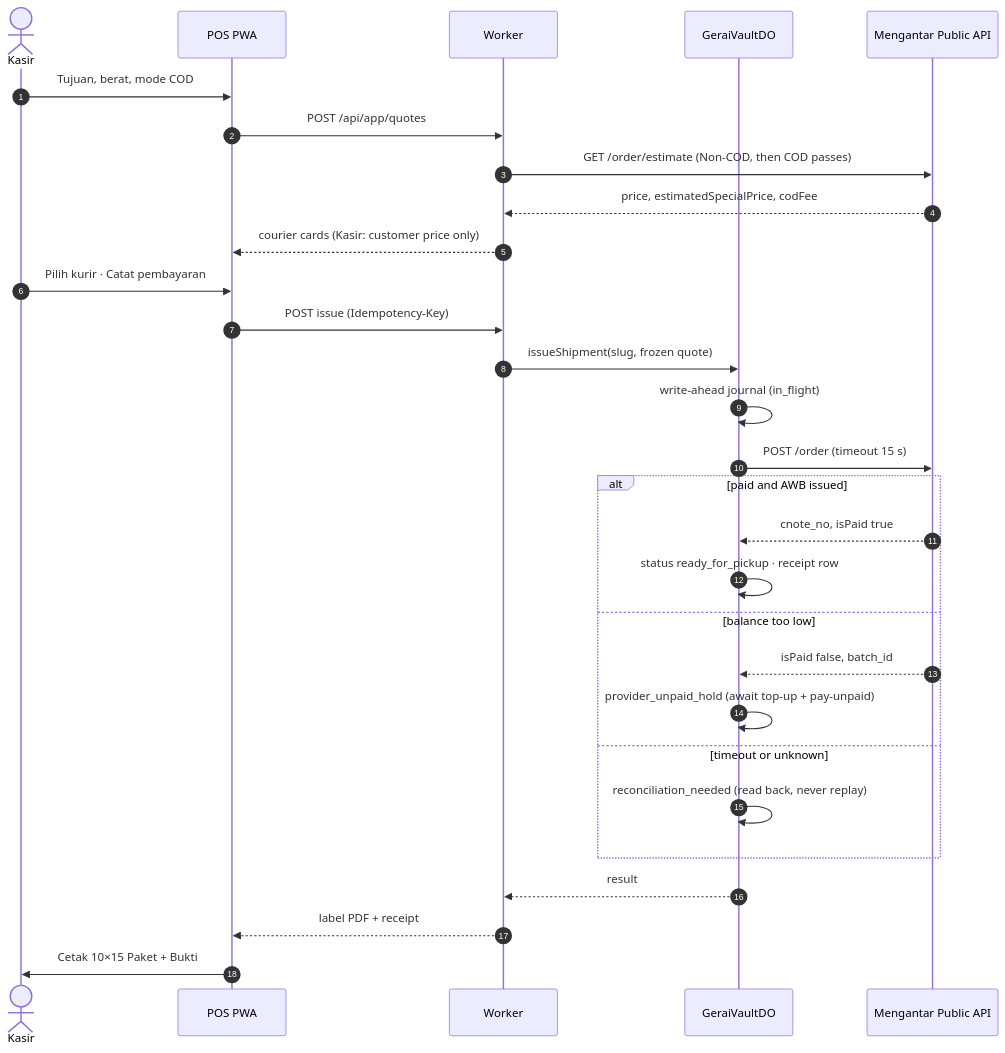
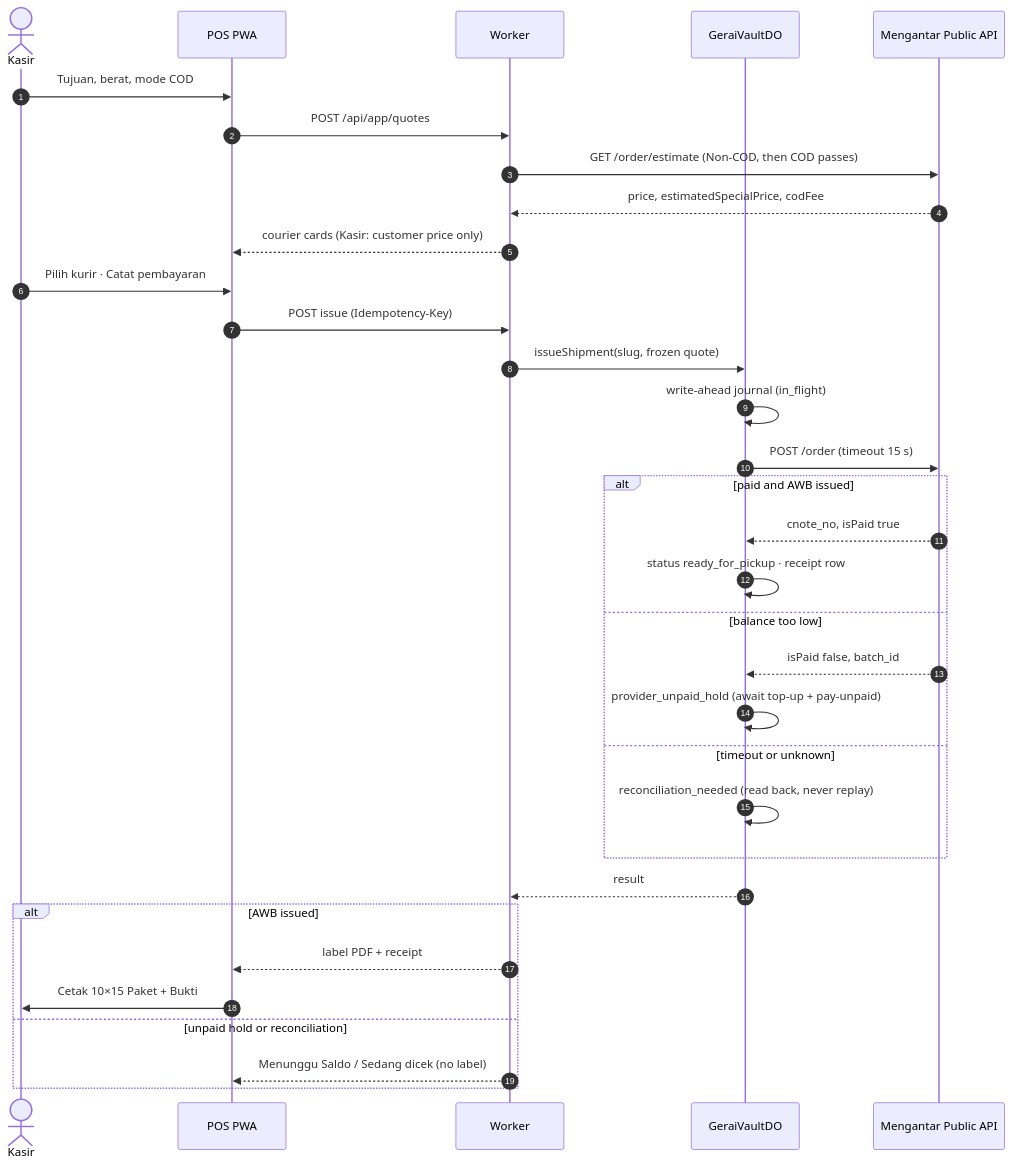
The sixth of 14 diagrams in docs/DIAGRAMS.md (ongkipro/geraiexpress-cfv2), drawn with Mermaid before and after one commit. The commit also changed other lines of this file and 6 other files, not shown here.

````diff
--- a/docs/DIAGRAMS.md
+++ b/docs/DIAGRAMS.md
@@ -352,31 +352,35 @@
 ```mermaid
 sequenceDiagram
     autonumber
     actor K as Kasir
     participant POS as POS PWA
     participant W as Worker
     participant V as GeraiVaultDO
     participant M as Mengantar Public API
     K->>POS: Tujuan, berat, mode COD
     POS->>W: POST /api/app/quotes
     W->>M: GET /order/estimate (Non-COD, then COD passes)
     M-->>W: price, estimatedSpecialPrice, codFee
     W-->>POS: courier cards (Kasir: customer price only)
     K->>POS: Pilih kurir · Catat pembayaran
     POS->>W: POST issue (Idempotency-Key)
     W->>V: issueShipment(slug, frozen quote)
     V->>V: write-ahead journal (in_flight)
     V->>M: POST /order (timeout 15 s)
     alt paid and AWB issued
         M-->>V: cnote_no, isPaid true
         V->>V: status ready_for_pickup · receipt row
     else balance too low
         M-->>V: isPaid false, batch_id
         V->>V: provider_unpaid_hold (await top-up + pay-unpaid)
     else timeout or unknown
         V->>V: reconciliation_needed (read back, never replay)
     end
     V-->>W: result
-    W-->>POS: label PDF + receipt
-    POS->>K: Cetak 10×15 Paket + Bukti
+    alt AWB issued
+        W-->>POS: label PDF + receipt
+        POS->>K: Cetak 10×15 Paket + Bukti
+    else unpaid hold or reconciliation
+        W-->>POS: Menunggu Saldo / Sedang dicek (no label)
+    end
 ```
````
